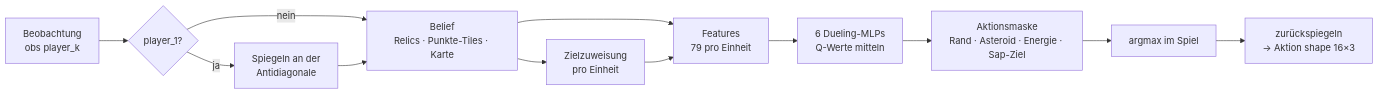
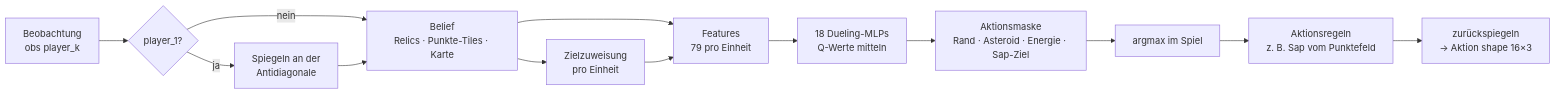
The diagram in README.md (elhassanmahmoud/sherlock-luxAI-team15), drawn with Mermaid before and after one commit. The commit also changed other lines of this file and 9 other files, not shown here.

````diff
--- a/README.md
+++ b/README.md
@@ -77,14 +94,15 @@
 ```mermaid
 flowchart LR
     O[Beobachtung<br/>obs player_k] --> M{player_1?}
     M -- ja --> S[Spiegeln an der<br/>Antidiagonale]
     M -- nein --> B
     S --> B[Belief<br/>Relics · Punkte-Tiles · Karte]
     B --> Z[Zielzuweisung<br/>pro Einheit]
     B --> F[Features<br/>79 pro Einheit]
     Z --> F
-    F --> Q[6 Dueling-MLPs<br/>Q-Werte mitteln]
+    F --> Q[18 Dueling-MLPs<br/>Q-Werte mitteln]
     Q --> K[Aktionsmaske<br/>Rand · Asteroid · Energie · Sap-Ziel]
     K --> A[argmax im Spiel]
-    A --> R[zurückspiegeln<br/>→ Aktion shape 16×3]
+    A --> H[Aktionsregeln<br/>z. B. Sap vom Punktefeld]
+    H --> R[zurückspiegeln<br/>→ Aktion shape 16×3]
 ```
````
